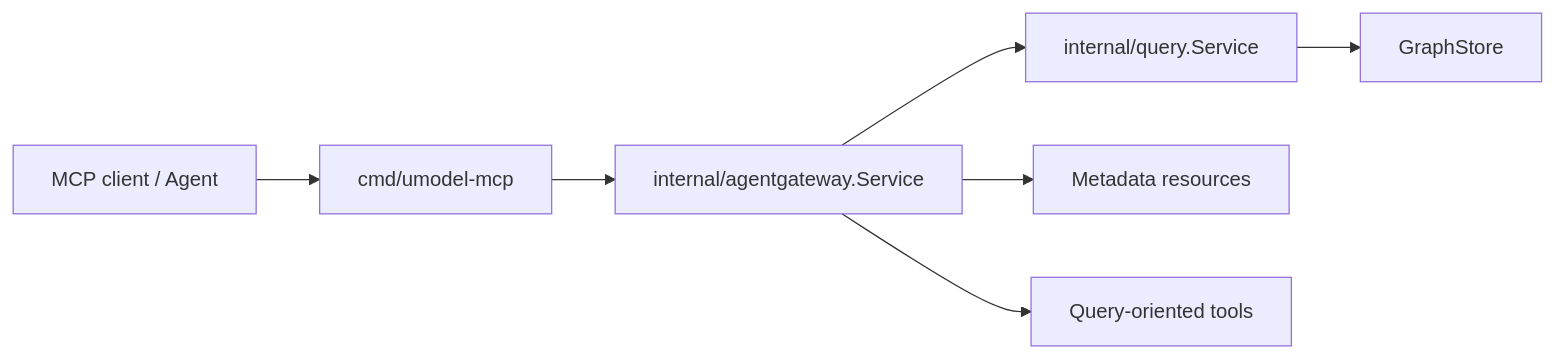
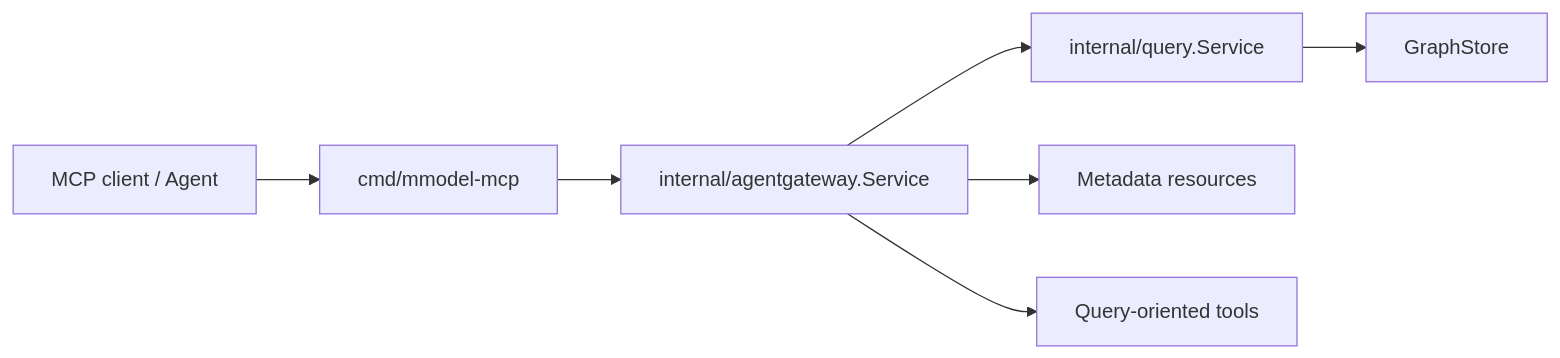
Before and after one commit to lichaoaaron/UnifiedModel: the diagram in docs/zh/learning-guide/agent-and-mcp.md, drawn with Mermaid. The commit also changed other lines of this file and 765 other files, not shown here.

````diff
--- a/docs/zh/learning-guide/agent-and-mcp.md
+++ b/docs/zh/learning-guide/agent-and-mcp.md
@@ -14,10 +14,10 @@
 ```mermaid
 flowchart LR
-  Client["MCP client / Agent"] --> MCP["cmd/umodel-mcp"]
+  Client["MCP client / Agent"] --> MCP["cmd/mmodel-mcp"]
   MCP --> AG["internal/agentgateway.Service"]
   AG --> QS["internal/query.Service"]
   QS --> GS["GraphStore"]
 
   AG --> RES["Metadata resources"]
   AG --> TOOLS["Query-oriented tools"]
 ```
````
